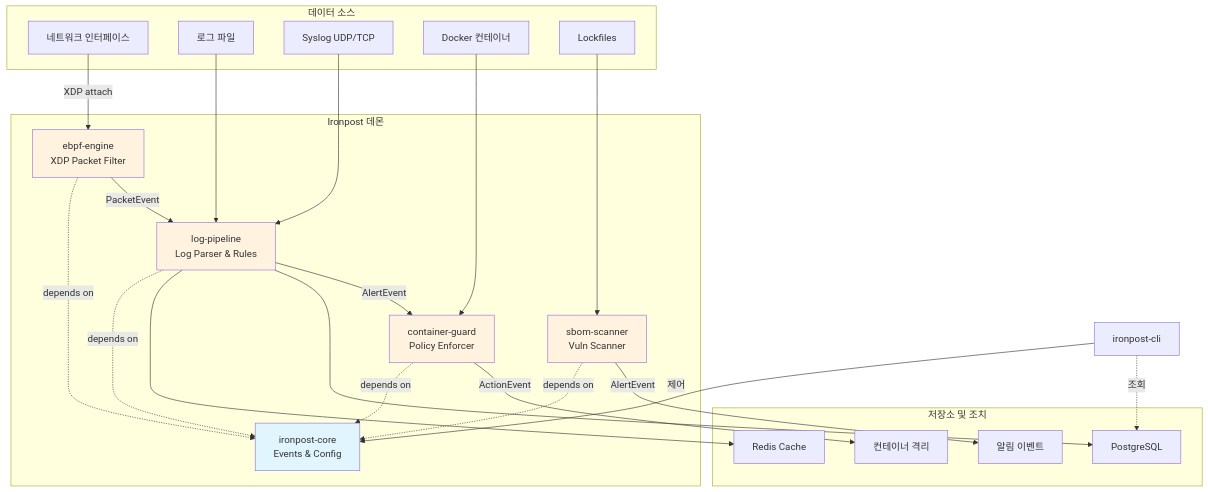
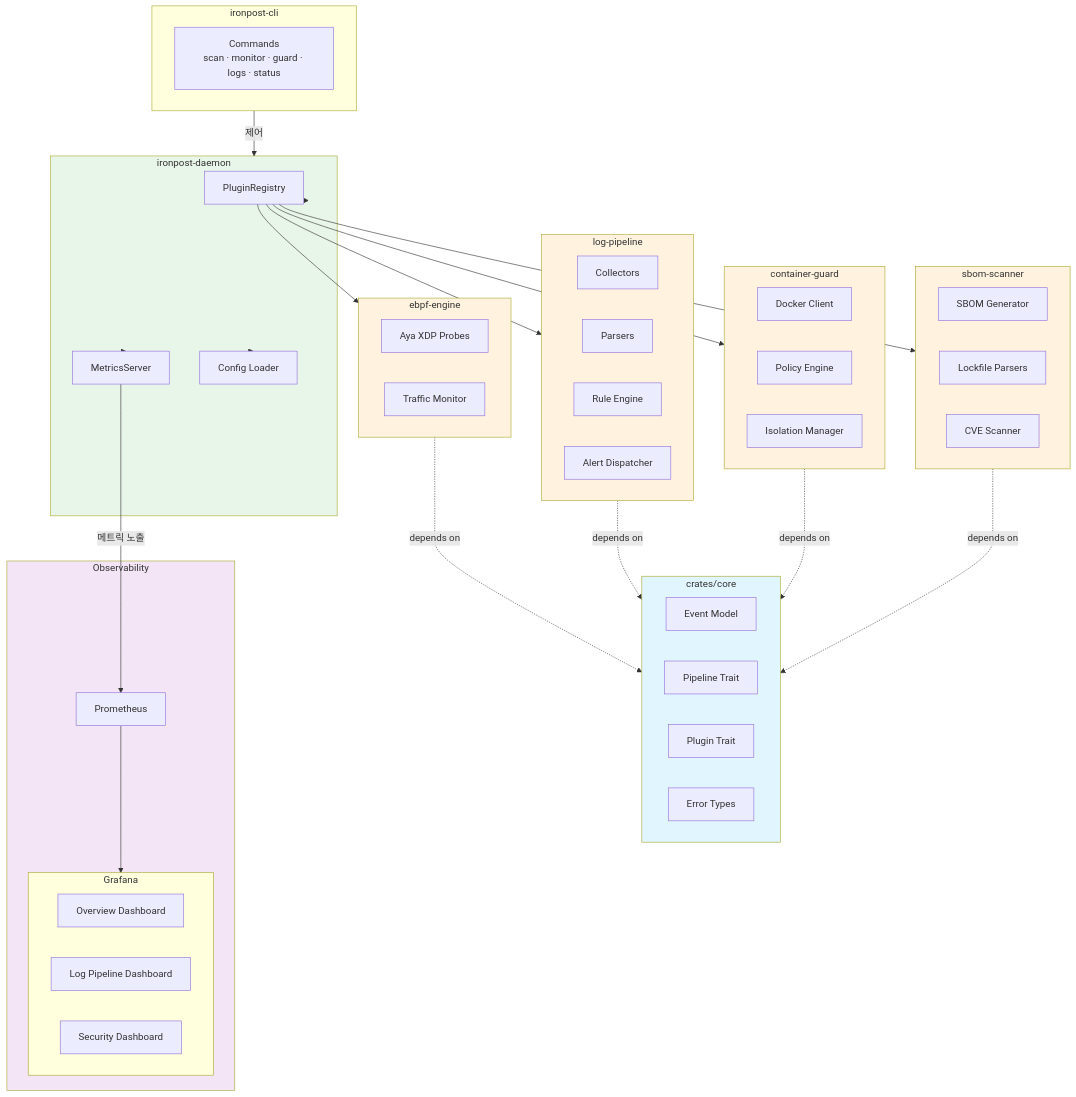
Before and after one commit to dongwonkwak/ironpost: the first of 2 diagrams in README.md, drawn with Mermaid. The commit also changed other lines of this file and 2 other files, not shown here.

Commit message:
docs: 아키텍처 다이어그램 추가 및 README 현행화 (Phase 12-A) (#26)
- docs/diagrams/system-architecture.mermaid 추가 (전체 시스템 구조도)
- docs/diagrams/event-data-flow.mermaid 추가 (4단계 이벤트 파이프라인)
- README 아키텍처 섹션에서 PostgreSQL/Redis 제거 (미구현 항목)
- Prometheus/Grafana 연결 포함한 실제 구조로 다이어그램 교체
- Fuzzing 배지, 테스트 & 품질 섹션, 퍼징 인프라 기능 항목 추가
- Roadmap에서 파서 fuzzing 완료 항목 제거

````diff
--- a/README.md
+++ b/README.md
@@ -37,52 +39,78 @@
 ```mermaid
 flowchart TB
-    subgraph "데이터 소스"
-        A1[네트워크 인터페이스]
-        A2[로그 파일]
-        A3[Syslog UDP/TCP]
-        A4[Docker 컨테이너]
-        A5[Lockfiles]
+    subgraph CLI["ironpost-cli"]
+        CMD["Commands\nscan · monitor · guard · logs · status"]
     end
 
-    subgraph "Ironpost 데몬"
-        B1[ebpf-engine<br/>XDP Packet Filter]
-        B2[log-pipeline<br/>Log Parser & Rules]
-        B3[container-guard<br/>Policy Enforcer]
-        B4[sbom-scanner<br/>Vuln Scanner]
-        CORE[ironpost-core<br/>Events & Config]
+    subgraph DAEMON["ironpost-daemon"]
+        PR[PluginRegistry]
+        MS[MetricsServer]
+        CL[Config Loader]
     end
 
-    subgraph "저장소 및 조치"
-        C1[PostgreSQL]
-        C2[Redis Cache]
-        C3[컨테이너 격리]
-        C4[알림 이벤트]
+    subgraph CORE["crates/core"]
+        EM[Event Model]
+        PT[Pipeline Trait]
+        PL[Plugin Trait]
+        ET[Error Types]
     end
 
-    A1 -->|XDP attach| B1
-    A2 --> B2
-    A3 --> B2
-    A4 --> B3
-    A5 --> B4
+    subgraph EBPF["ebpf-engine"]
+        XDP[Aya XDP Probes]
+        TM[Traffic Monitor]
+    end
 
-    B1 -->|PacketEvent| B2
-    B2 -->|AlertEvent| B3
-    B2 --> C1
-    B2 --> C2
-    B3 -->|ActionEvent| C3
-    B4 -->|AlertEvent| C4
+    subgraph LOG["log-pipeline"]
+        COL[Collectors]
+        PAR[Parsers]
+        RE[Rule Engine]
+        AD[Alert Dispatcher]
+    end
 
-    B1 -.depends on.-> CORE
-    B2 -.depends on.-> CORE
-    B3 -.depends on.-> CORE
-    B4 -.depends on.-> CORE
+    subgraph GUARD["container-guard"]
+        DC[Docker Client]
+        PE[Policy Engine]
+        IM[Isolation Manager]
+    end
 
-    CLI[ironpost-cli] -->|제어| CORE
-    CLI -.조회.-> C1
+    subgraph SBOM["sbom-scanner"]
+        SG[SBOM Generator]
+        LP[Lockfile Parsers]
+        CVE[CVE Scanner]
+    end
+
+    subgraph OBS["Observability"]
+        PROM[Prometheus]
+        subgraph GRAFANA["Grafana"]
+            GD1[Overview Dashboard]
+            GD2[Log Pipeline Dashboard]
+            GD3[Security Dashboard]
+        end
+    end
+
+    CLI -->|제어| DAEMON
+    DAEMON --> PR
+    DAEMON --> MS
+    DAEMON --> CL
+
+    PR --> EBPF
+    PR --> LOG
+    PR --> GUARD
+    PR --> SBOM
+
+    EBPF -.depends on.-> CORE
+    LOG -.depends on.-> CORE
+    GUARD -.depends on.-> CORE
+    SBOM -.depends on.-> CORE
+
+    MS -->|메트릭 노출| PROM
+    PROM --> GRAFANA
 
     style CORE fill:#e1f5fe
-    style B1 fill:#fff3e0
-    style B2 fill:#fff3e0
-    style B3 fill:#fff3e0
-    style B4 fill:#fff3e0
+    style EBPF fill:#fff3e0
+    style LOG fill:#fff3e0
+    style GUARD fill:#fff3e0
+    style SBOM fill:#fff3e0
+    style OBS fill:#f3e5f5
+    style DAEMON fill:#e8f5e9
 ```
````
